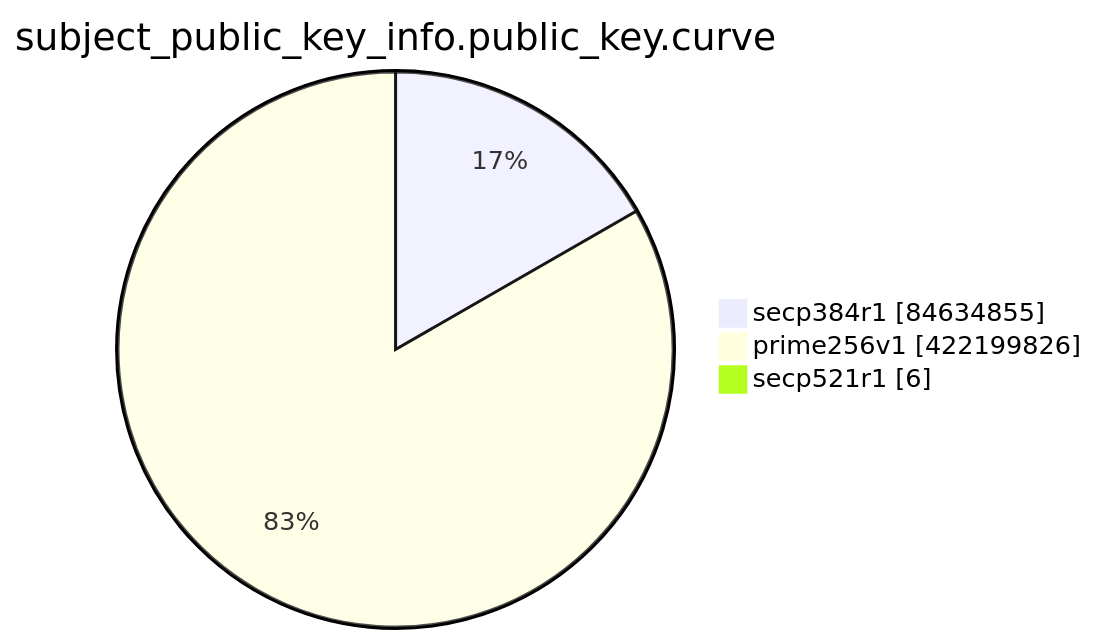
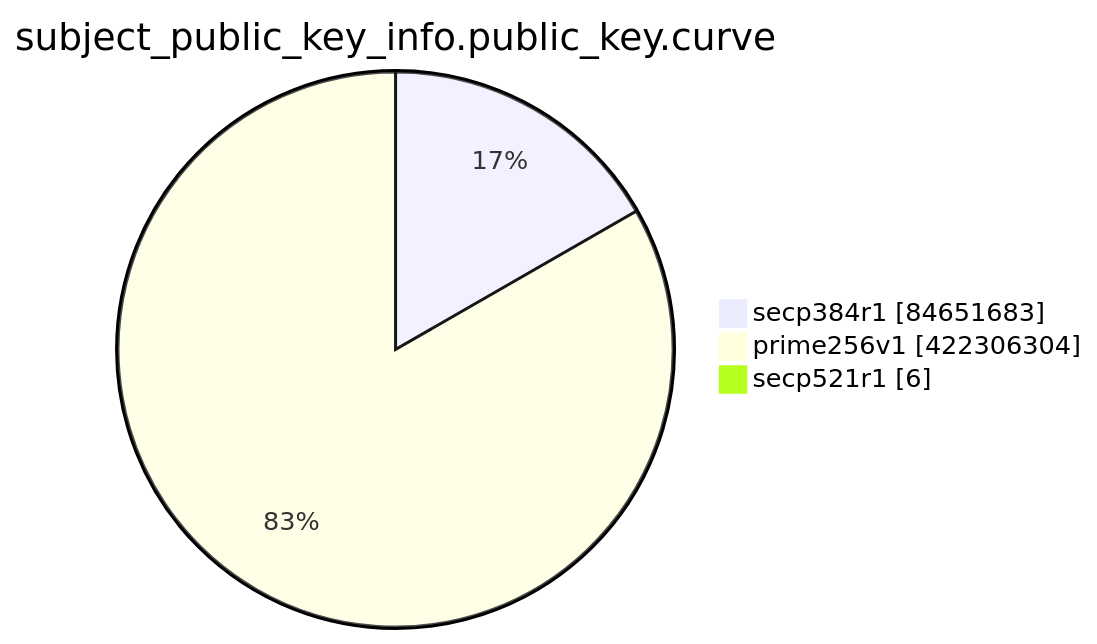
One commit to christiankrug/ctmonitor_visualization changed the eighth of 15 diagrams in TOTAL/README.md. Above: the diagram before and after it, drawn with Mermaid. The commit also changed other lines of this file, not shown here.

````diff
--- a/TOTAL/README.md
+++ b/TOTAL/README.md
@@ -3099,7 +3099,7 @@
 ```mermaid
 pie showData
 title subject_public_key_info.public_key.curve
-"secp384r1" :84634855
-"prime256v1" :422199826
+"secp384r1" :84651683
+"prime256v1" :422306304
 "secp521r1" :6
 ```
````
